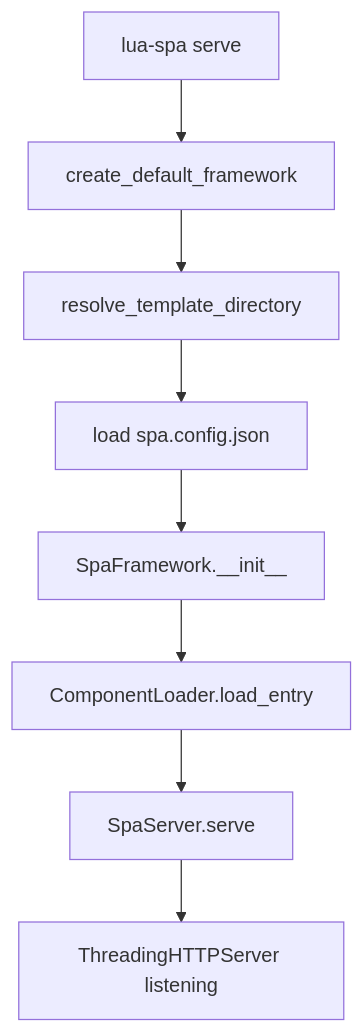
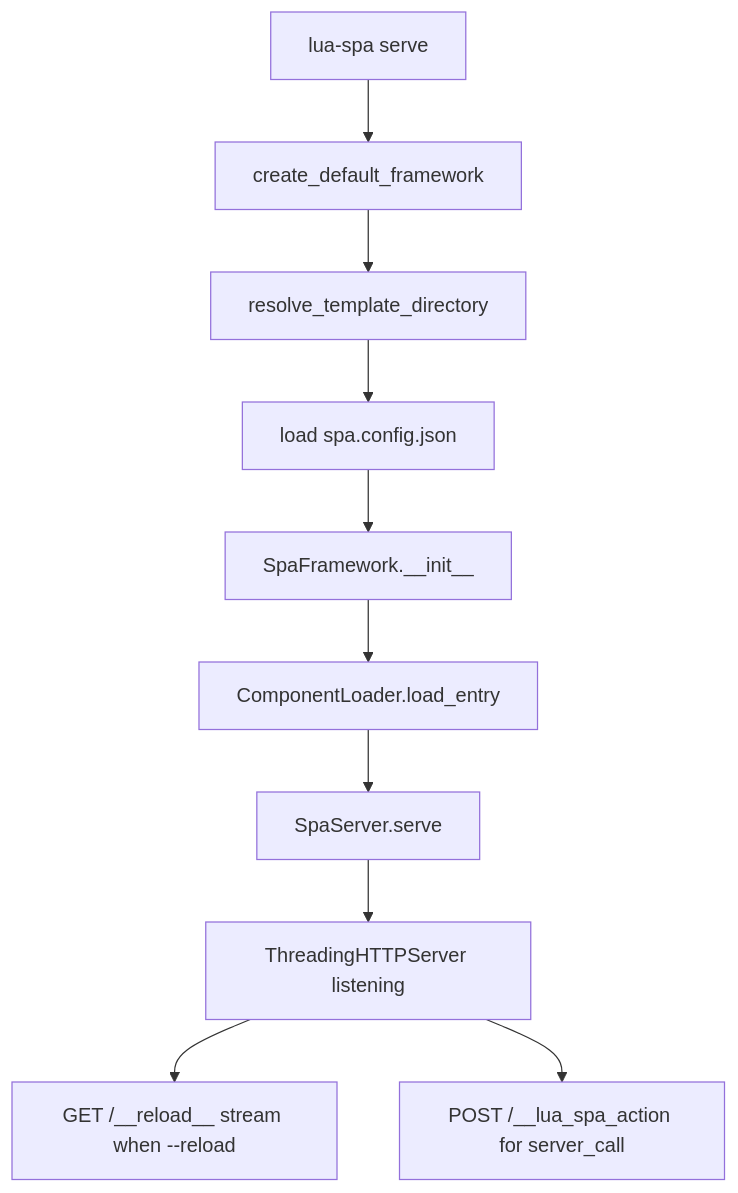
Before and after one commit to roderiano/lua-spa: the diagram in docs/docs/api/cli.md, drawn with Mermaid. The commit also changed 16 other files, not shown here.

Commit message:
docs(architecture): update diagrams for __lua_spa_action and __reload__

````diff
--- a/docs/docs/api/cli.md
+++ b/docs/docs/api/cli.md
@@ -103,10 +103,12 @@
 ```mermaid
 flowchart TD
     A[lua-spa serve] --> B[create_default_framework]
     B --> C[resolve_template_directory]
     C --> D["load spa.config.json"]
     D --> E[SpaFramework.__init__]
     E --> F[ComponentLoader.load_entry]
     F --> G[SpaServer.serve]
     G --> H[ThreadingHTTPServer listening]
+    H --> I[GET /__reload__ stream when --reload]
+    H --> J[POST /__lua_spa_action for server_call]
 ```
````
